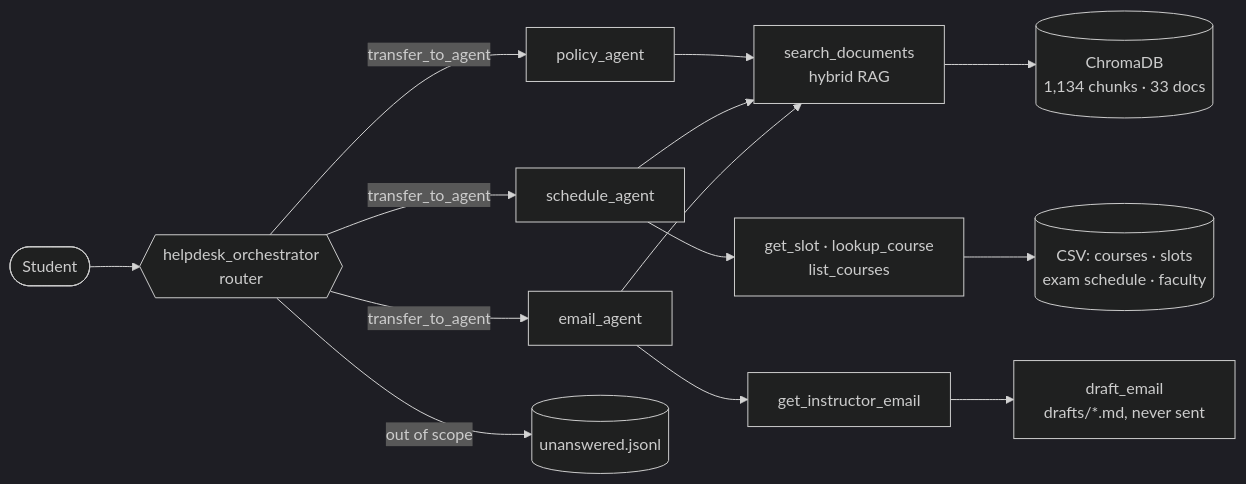
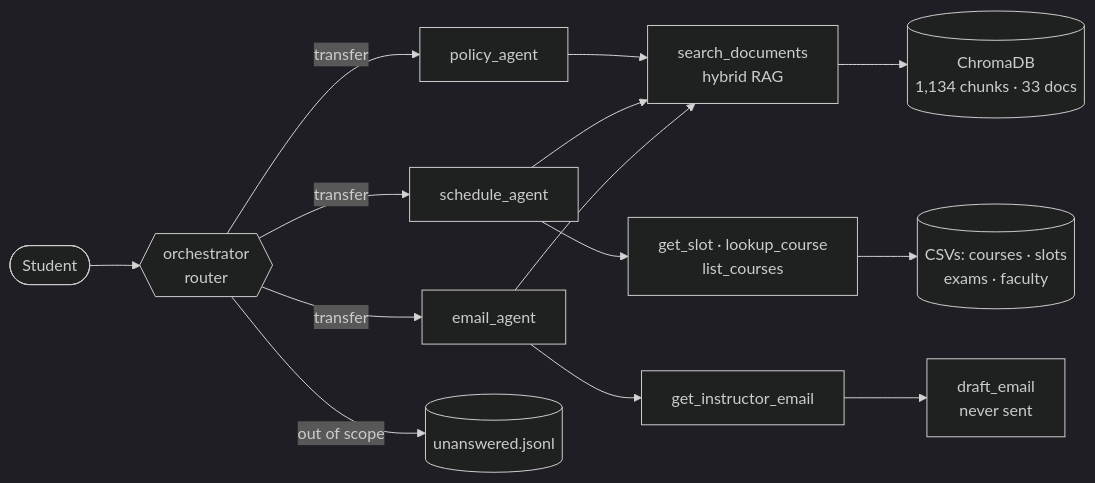
One commit to SreenityaThatikunta/academic-helpdesk-agent changed the diagram in README.md. Above: the diagram before and after it, drawn with Mermaid (dark theme). The commit also changed other lines of this file and 4 other files, not shown here.

````diff
--- a/README.md
+++ b/README.md
@@ -24,15 +21,15 @@
 ```mermaid
 flowchart LR
-    S([Student]) --> O{{helpdesk_orchestrator<br/>router}}
-    O -- transfer_to_agent --> P[policy_agent]
-    O -- transfer_to_agent --> SC[schedule_agent]
-    O -- transfer_to_agent --> E[email_agent]
+    S([Student]) --> O{{orchestrator<br/>router}}
+    O -- transfer --> P[policy_agent]
+    O -- transfer --> SC[schedule_agent]
+    O -- transfer --> E[email_agent]
     O -- out of scope --> L[(unanswered.jsonl)]
     P --> R[search_documents<br/>hybrid RAG]
     SC --> T[get_slot · lookup_course<br/>list_courses]
     SC --> R
-    E --> F[get_instructor_email] --> D[draft_email<br/>drafts/*.md, never sent]
+    E --> F[get_instructor_email] --> D[draft_email<br/>never sent]
     E --> R
     R --> C[(ChromaDB<br/>1,134 chunks · 33 docs)]
-    T --> V[(CSV: courses · slots<br/>exam schedule · faculty)]
+    T --> V[(CSVs: courses · slots<br/>exams · faculty)]
 ```
````
